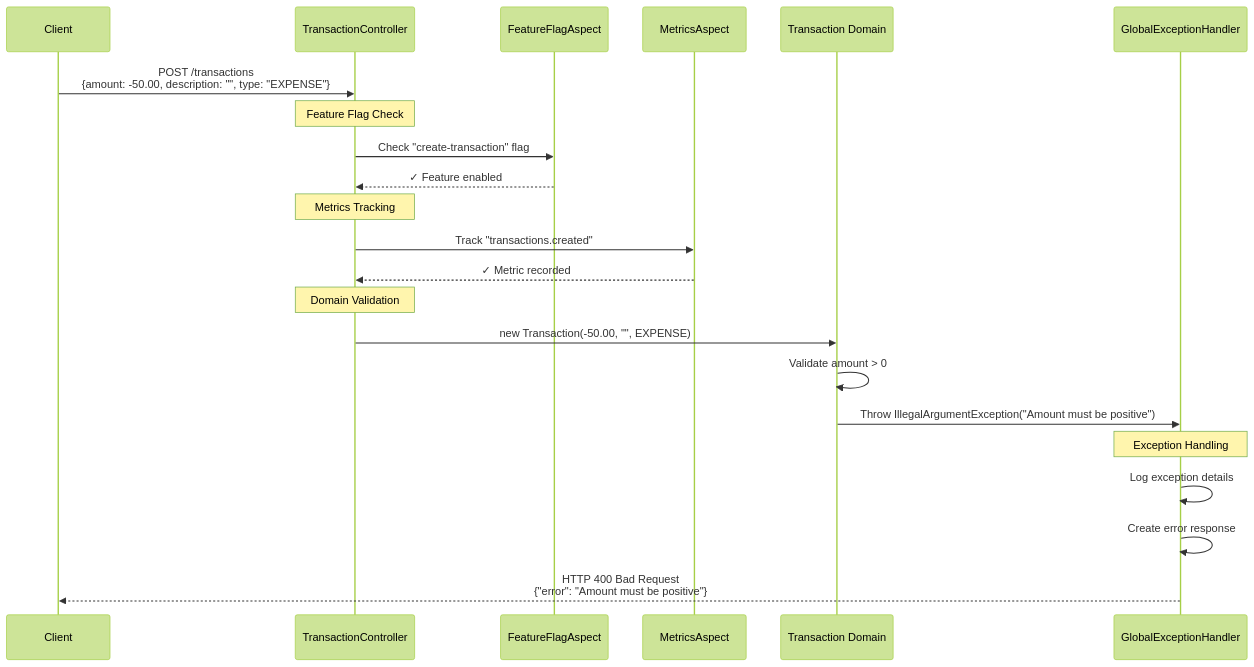
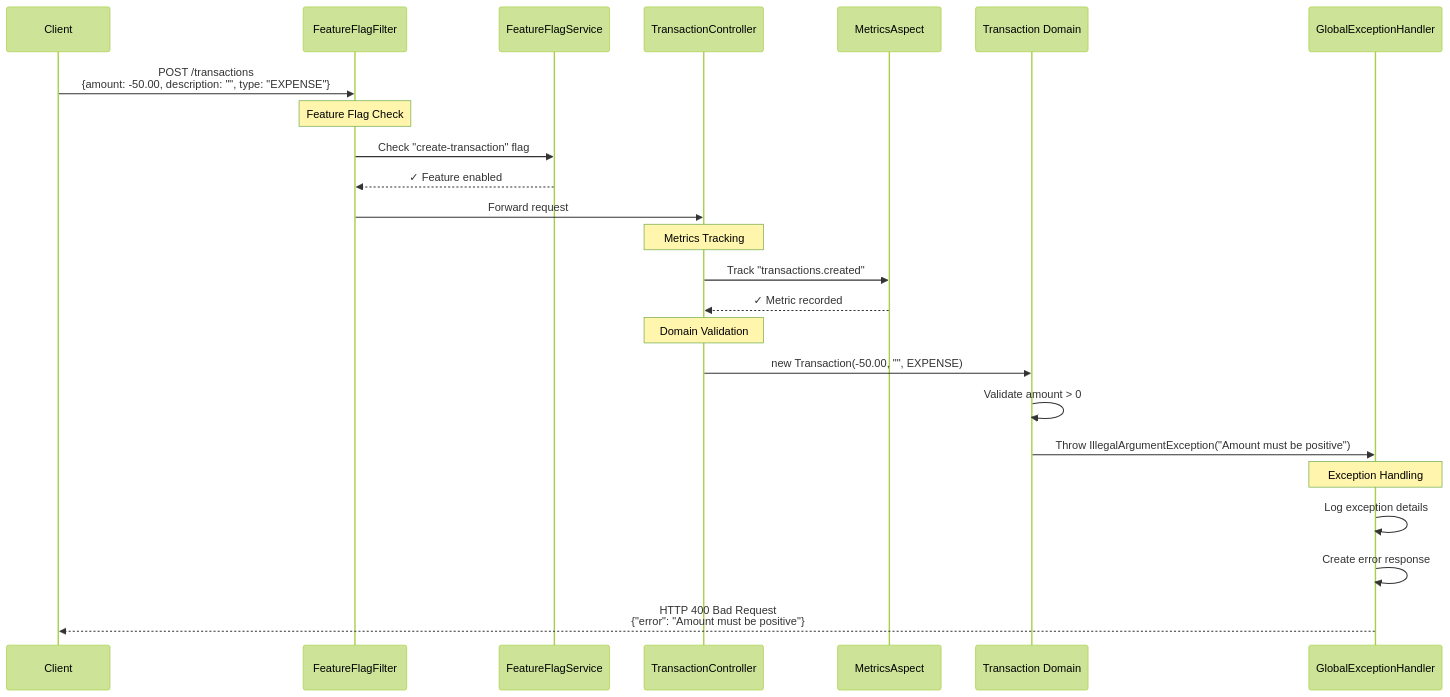
The diagram in docs/diagrams/use-case-invalid-data.mmd (noyqdave/accounting-ledger-service), drawn with Mermaid (forest theme) before and after one commit. The commit also changed 2 other files, not shown here.

Commit message:
Remove all remaining FeatureFlagAspect references from use case diagrams
- Update use-case-creation.mmd to show FeatureFlagFilter
- Update use-case-retrieval.mmd to show FeatureFlagFilter
- Update use-case-invalid-data.mmd to show FeatureFlagFilter
- All diagrams now consistently show filter-based feature flag approach

```diff
--- a/docs/diagrams/use-case-invalid-data.mmd
+++ b/docs/diagrams/use-case-invalid-data.mmd
@@ -1,27 +1,29 @@
 sequenceDiagram
     participant Client
+    participant Filter as FeatureFlagFilter
+    participant FFS as FeatureFlagService
     participant Controller as TransactionController
-    participant FFA as FeatureFlagAspect
     participant MA as MetricsAspect
     participant Domain as Transaction Domain
     participant GEH as GlobalExceptionHandler
     
-    Client->>Controller: POST /transactions<br/>{amount: -50.00, description: "", type: "EXPENSE"}
+    Client->>Filter: POST /transactions<br/>{amount: -50.00, description: "", type: "EXPENSE"}
     
-    Note over Controller: Feature Flag Check
-    Controller->>FFA: Check "create-transaction" flag
-    FFA-->>Controller: ✓ Feature enabled
+    Note over Filter: Feature Flag Check
+    Filter->>FFS: Check "create-transaction" flag
+    FFS-->>Filter: ✓ Feature enabled
+    Filter->>Controller: Forward request
     
     Note over Controller: Metrics Tracking
     Controller->>MA: Track "transactions.created"
     MA-->>Controller: ✓ Metric recorded
     
     Note over Controller: Domain Validation
     Controller->>Domain: new Transaction(-50.00, "", EXPENSE)
     Domain->>Domain: Validate amount > 0
     Domain->>GEH: Throw IllegalArgumentException("Amount must be positive")
     
     Note over GEH: Exception Handling
     GEH->>GEH: Log exception details
     GEH->>GEH: Create error response
     GEH-->>Client: HTTP 400 Bad Request<br/>{"error": "Amount must be positive"}
```
